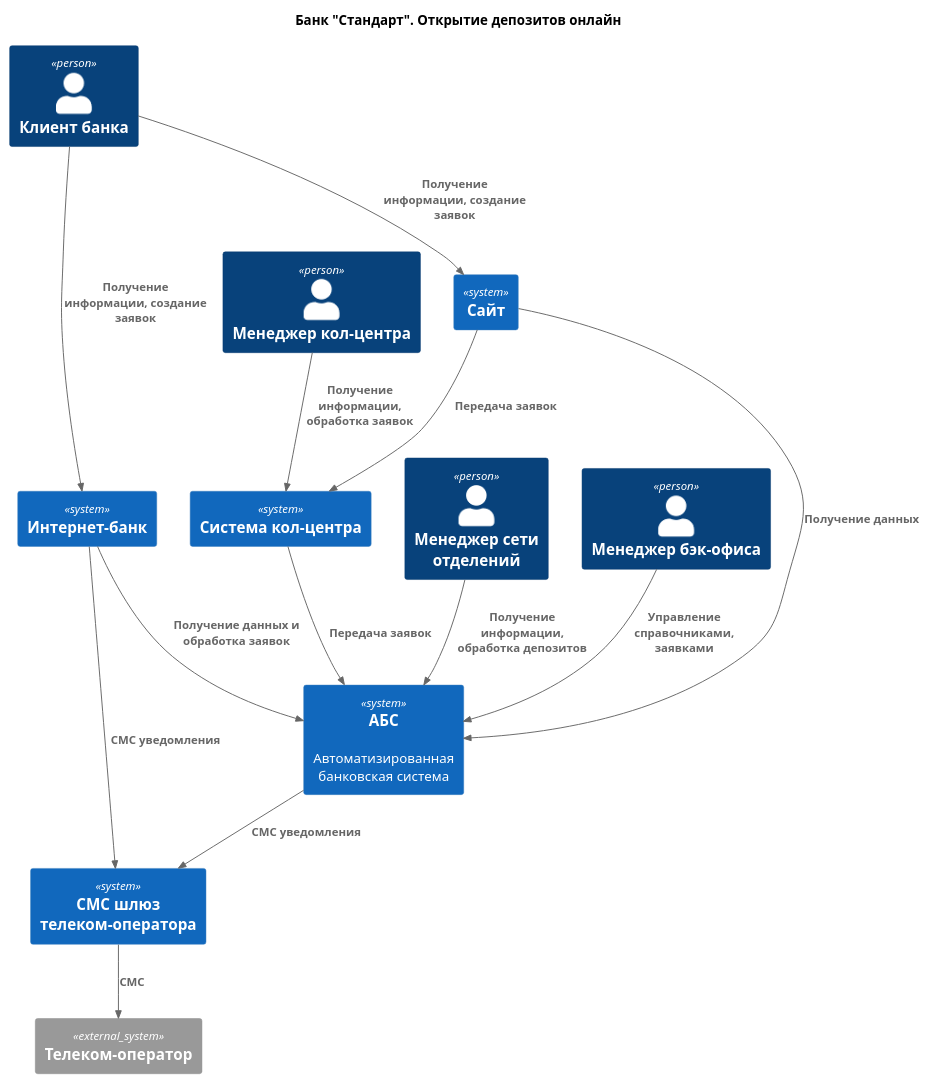
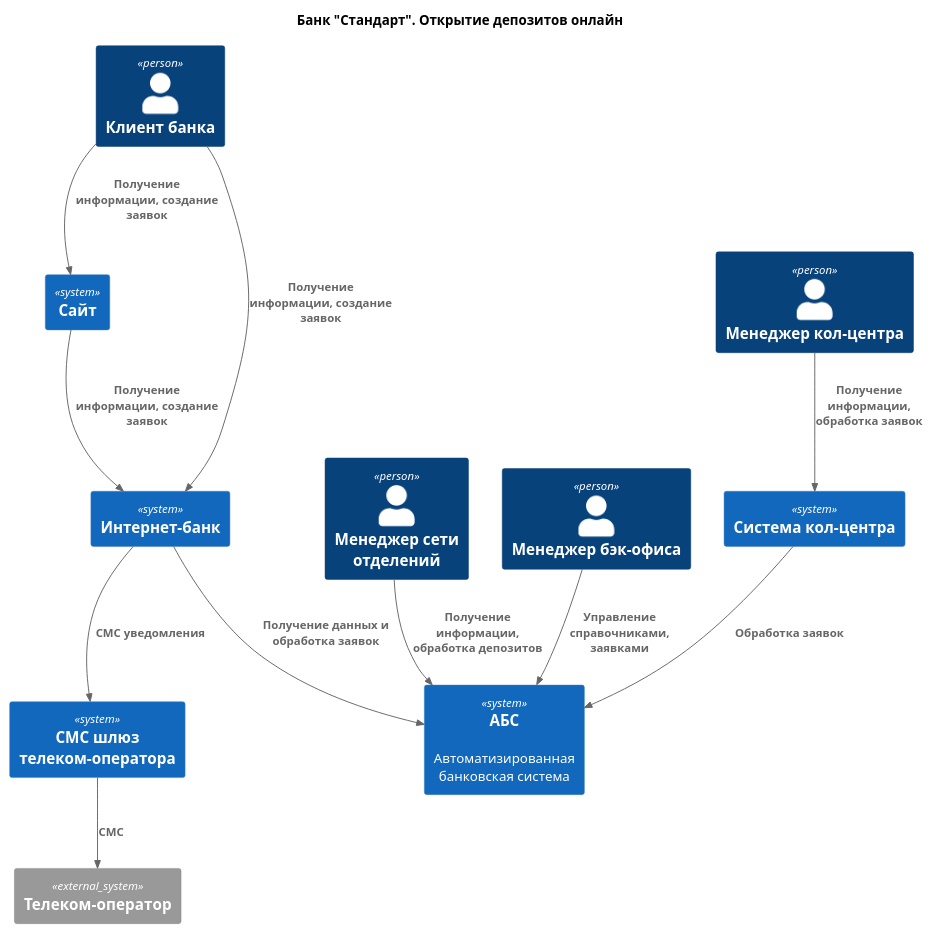
Before and after one commit to binaril/architecture-standart: the diagram in Task3/C4.Context.puml, drawn with PlantUML. The commit also changed 5 other files, not shown here.

```diff
--- a/Task3/C4.Context.puml
+++ b/Task3/C4.Context.puml
@@ -1,35 +1,33 @@
 @startuml
 title Банк "Стандарт". Открытие депозитов онлайн
 
 top to bottom direction
 
 !includeurl https://raw.githubusercontent.com/RicardoNiepel/C4-PlantUML/master/C4_Component.puml
 
 Person(Client, "Клиент банка", "")
 Person(ManagerCall, "Менеджер кол-центра", "")
 Person(ManagerDivision, "Менеджер сети отделений", "")
 Person(ManagerBackOffice, "Менеджер бэк-офиса", "")
 
 System(Site, "Сайт", "")
 System(InternetBank, "Интернет-банк", "")
 System(Abs, "АБС", "Автоматизированная банковская система")
 System(CallCentre, "Система кол-центра", "")
 System(SMSGateway, "СМС шлюз телеком-оператора", "")
 
 System_Ext(Telecom, "Телеком-оператор", "")
 
 Rel(Client, Site, "Получение информации, создание заявок")
 Rel(Client, InternetBank, "Получение информации, создание заявок")
-Rel(Site,CallCentre, "Передача заявок")
-Rel(Site,Abs, "Получение данных")
+Rel(Site,InternetBank, "Получение информации, создание заявок")
 Rel(InternetBank,Abs, "Получение данных и обработка заявок")
 Rel(InternetBank,SMSGateway,"СМС уведомления")
 Rel(ManagerCall, CallCentre, "Получение информации, обработка заявок")
 Rel(ManagerDivision, Abs, "Получение информации, обработка депозитов")
 Rel(ManagerBackOffice, Abs, "Управление справочниками, заявками")
-Rel(CallCentre, Abs, "Передача заявок")
+Rel(CallCentre, Abs, "Обработка заявок")
 
-Rel(Abs,SMSGateway,"СМС уведомления")
 Rel(SMSGateway,Telecom,"СМС")
 
 @enduml
```
